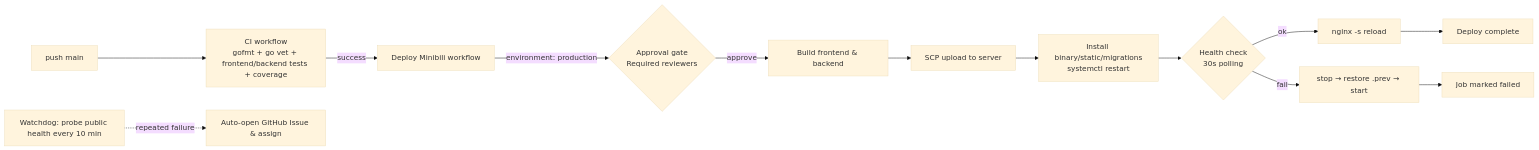
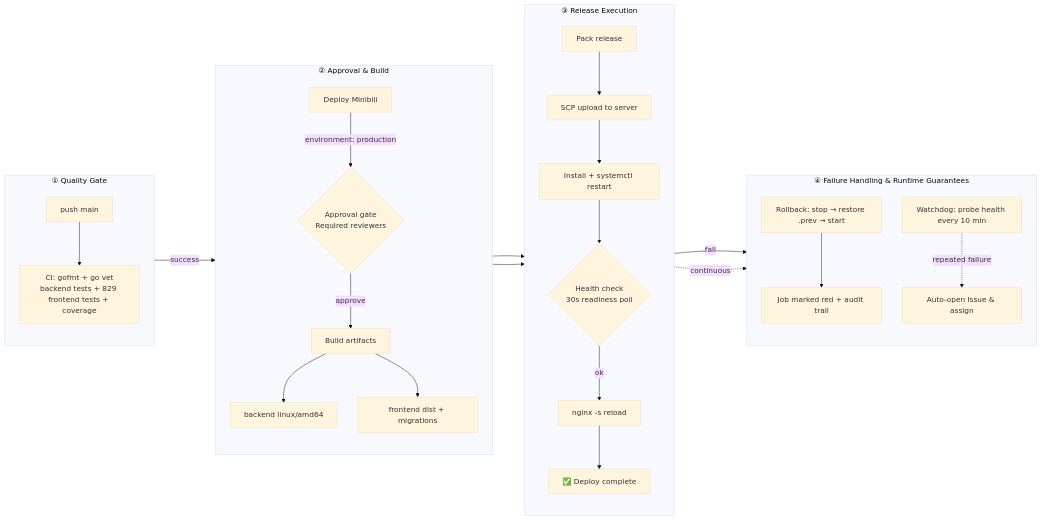
Before and after one commit to earthcake2233/cakecake: the diagram in docs/DEPLOYMENT-PIPELINE_EN.md, drawn with Mermaid (base theme). The commit also changed 1 other file, not shown here.

Commit message:
docs: widen deployment pipeline architecture diagram (stage subgraphs)
Docs: docs/DEPLOYMENT-PIPELINE.md, docs/DEPLOYMENT-PIPELINE_EN.md

````diff
--- a/docs/DEPLOYMENT-PIPELINE_EN.md
+++ b/docs/DEPLOYMENT-PIPELINE_EN.md
@@ -11,14 +11,31 @@
 ```mermaid
+%%{init: {"flowchart": {"nodeSpacing": 45, "rankSpacing": 70}}}%%
 flowchart LR
-    Push["push main"] --> CI["CI workflow<br/>gofmt + go vet + frontend/backend tests + coverage"]
-    CI -- "success" --> Deploy["Deploy Minibili workflow"]
-    Deploy -->|"environment: production"| Approve{"Approval gate<br/>Required reviewers"}
-    Approve -- "approve" --> Build["Build frontend & backend"]
-    Build --> Upload["SCP upload to server"]
-    Upload --> Install["Install binary/static/migrations<br/>systemctl restart"]
-    Install --> Health{"Health check<br/>30s polling"}
-    Health -- "ok" --> Nginx["nginx -s reload"] --> Done["Deploy complete"]
-    Health -- "fail" --> Rollback["stop → restore .prev → start"]
-    Rollback --> Alert["Job marked failed"]
-    Monitor["Watchdog: probe public health every 10 min"] -.->|"repeated failure"| Issue["Auto-open GitHub Issue & assign"]
+    subgraph S1["① Quality Gate"]
+        direction TB
+        Push["push main"] --> CI["CI: gofmt + go vet<br/>backend tests + 829 frontend tests + coverage"]
+    end
+    subgraph S2["② Approval & Build"]
+        direction TB
+        CI -- "success" --> Deploy["Deploy Minibili"]
+        Deploy -->|"environment: production"| Approve{"Approval gate<br/>Required reviewers"}
+        Approve -- "approve" --> Build["Build artifacts"]
+        Build --> BE["backend linux/amd64"]
+        Build --> FE["frontend dist + migrations"]
+    end
+    subgraph S3["③ Release Execution"]
+        direction TB
+        BE & FE --> Pack["Pack release"]
+        Pack --> Upload["SCP upload to server"]
+        Upload --> Install["Install + systemctl restart"]
+        Install --> Health{"Health check<br/>30s readiness poll"}
+        Health -- "ok" --> Reload["nginx -s reload"] --> Done["✅ Deploy complete"]
+    end
+    subgraph S4["④ Failure Handling & Runtime Guarantees"]
+        direction TB
+        Health -- "fail" --> Rollback["Rollback: stop → restore .prev → start"]
+        Rollback --> Alert["Job marked red + audit trail"]
+        Monitor["Watchdog: probe health every 10 min"] -.->|"repeated failure"| Issue["Auto-open Issue & assign"]
+    end
+    Done -. "continuous" .-> Monitor
 ```
````
